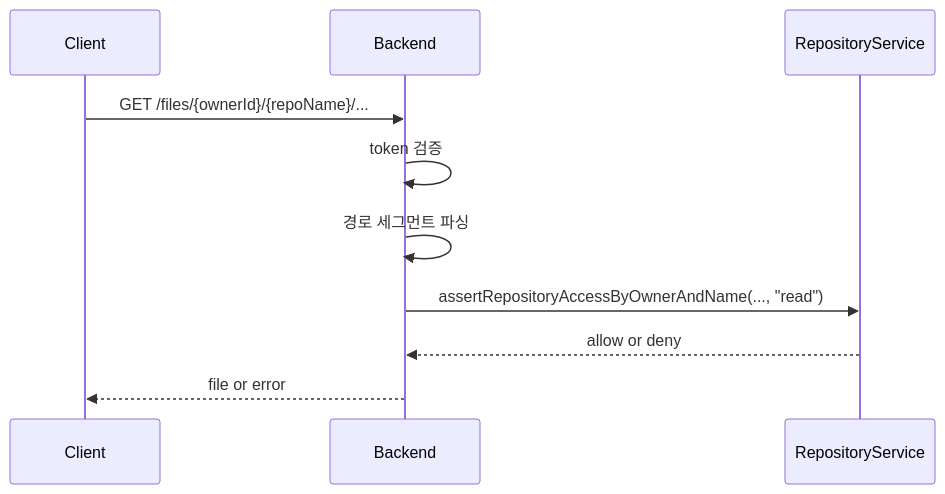
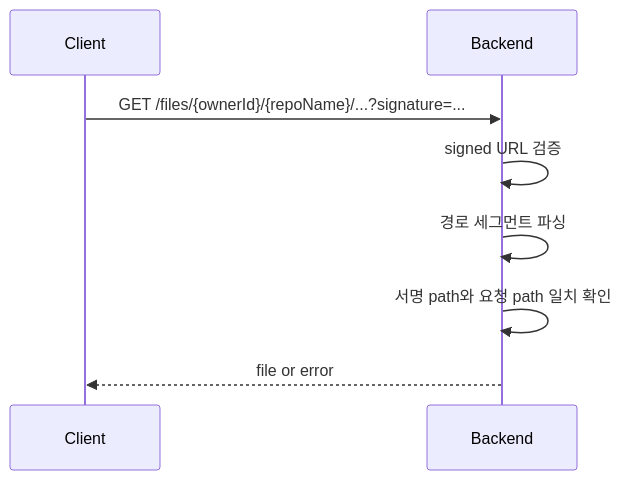
The second of 5 diagrams in docs/08. project_authentication.md (ego-flow/ego-flow-server), drawn with Mermaid before and after one commit. The commit also changed other lines of this file and 29 other files, not shown here.

````diff
--- a/docs/08. project_authentication.md
+++ b/docs/08. project_authentication.md
@@ -142,13 +144,11 @@
 ```mermaid
 sequenceDiagram
     participant Client
     participant BE as Backend
-    participant Repo as RepositoryService
 
-    Client->>BE: GET /files/{ownerId}/{repoName}/...
-    BE->>BE: token 검증
+    Client->>BE: GET /files/{ownerId}/{repoName}/...?signature=...
+    BE->>BE: signed URL 검증
     BE->>BE: 경로 세그먼트 파싱
-    BE->>Repo: assertRepositoryAccessByOwnerAndName(..., "read")
-    Repo-->>BE: allow or deny
+    BE->>BE: 서명 path와 요청 path 일치 확인
     BE-->>Client: file or error
 ```
````
